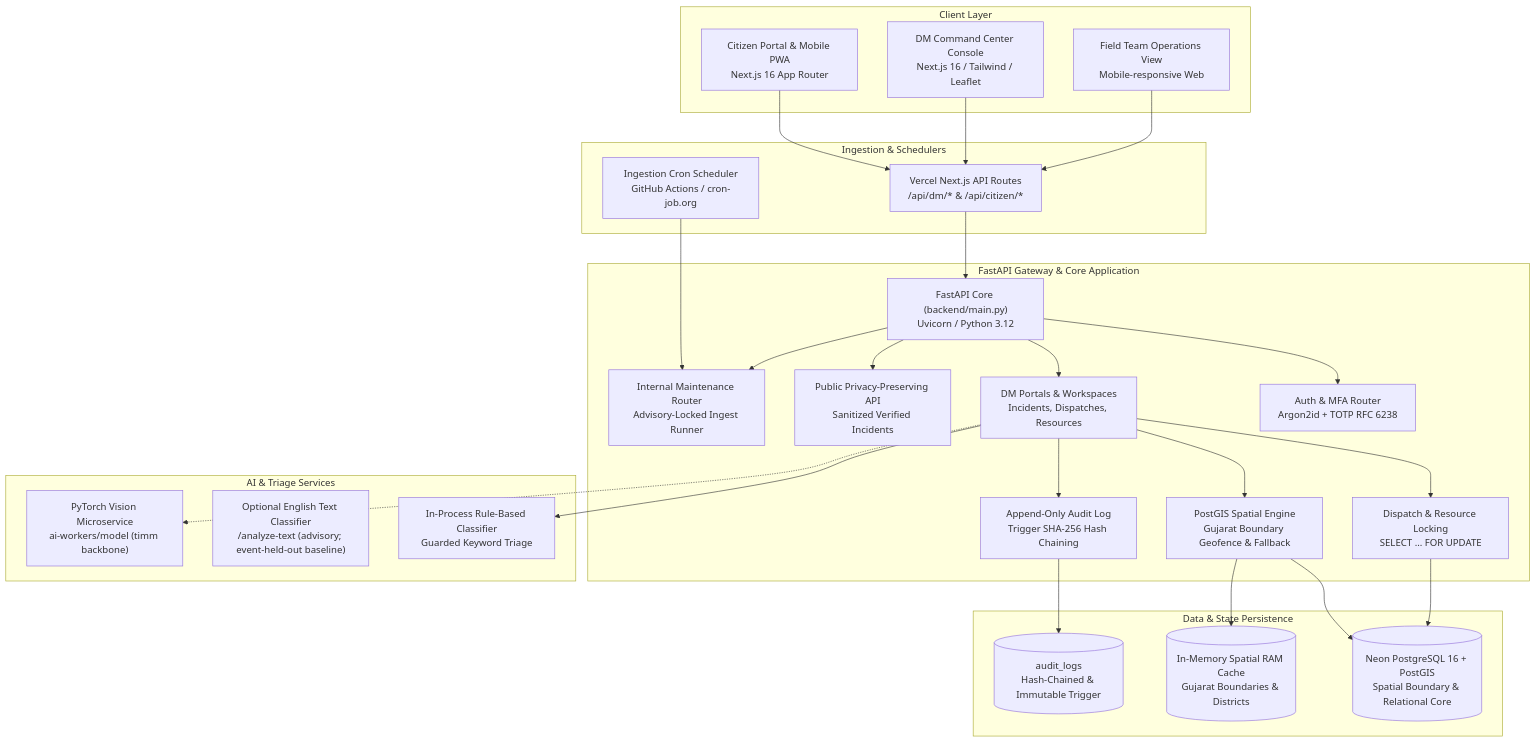
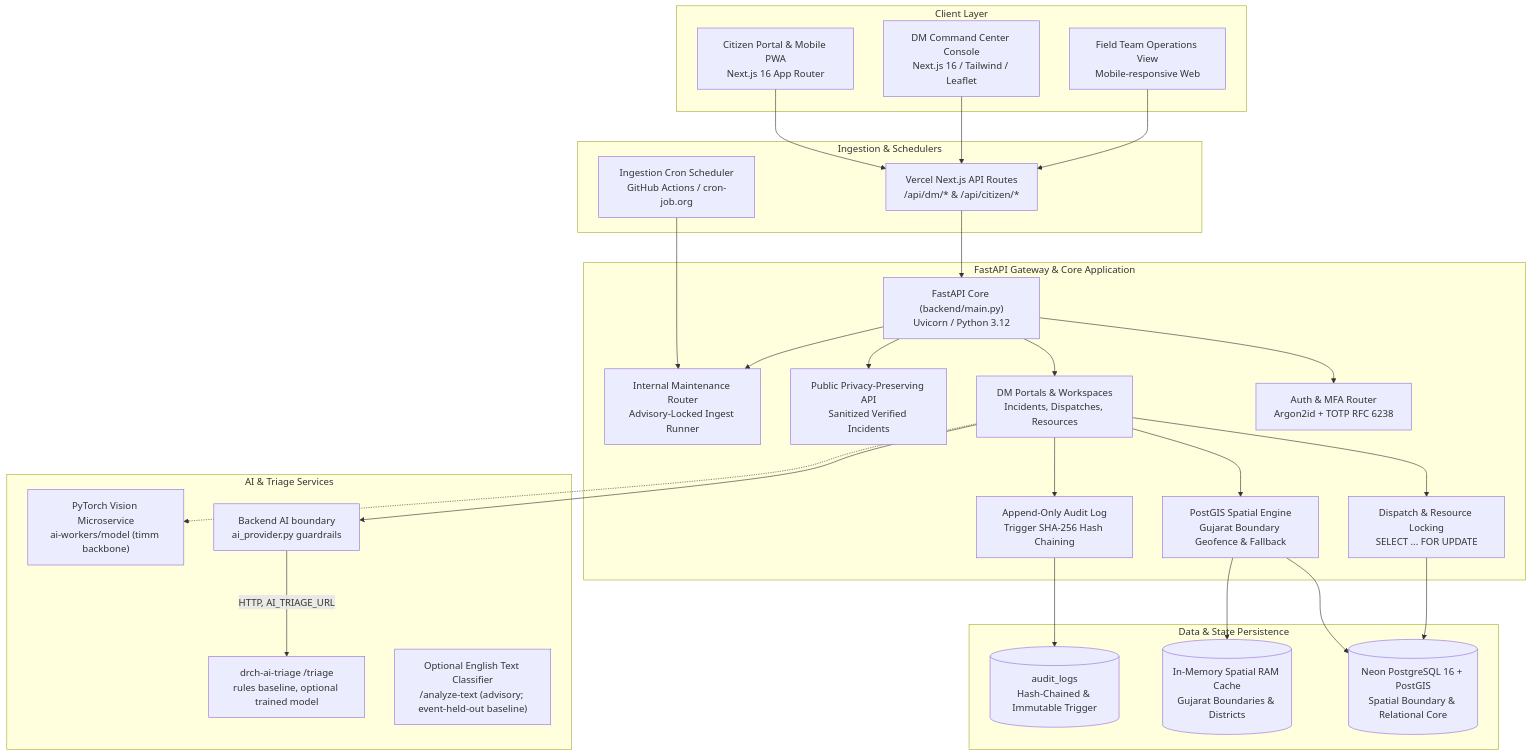
The first of 2 diagrams in docs/ARCHITECTURE.md (RudraBhat/IT314_Software_Project), drawn with Mermaid before and after one commit. The commit also changed other lines of this file and 1 other file, not shown here.

First line of the commit message:
docs(ai): describe how the backend reaches the triage service

````diff
--- a/docs/ARCHITECTURE.md
+++ b/docs/ARCHITECTURE.md
@@ -22,58 +22,60 @@
 ```mermaid
 flowchart TD
     subgraph Clients["Client Layer"]
         CitizenUI["Citizen Portal & Mobile PWA<br/>Next.js 16 App Router"]
         DispatcherUI["DM Command Center Console<br/>Next.js 16 / Tailwind / Leaflet"]
         FieldUI["Field Team Operations View<br/>Mobile-responsive Web"]
     end
 
     subgraph Edge["Ingestion & Schedulers"]
         CronIngest["Ingestion Cron Scheduler<br/>GitHub Actions / cron-job.org"]
         VercelProxy["Vercel Next.js API Routes<br/>/api/dm/* & /api/citizen/*"]
     end
 
     subgraph BackendGateway["FastAPI Gateway & Core Application"]
         MainApp["FastAPI Core (backend/main.py)<br/>Uvicorn / Python 3.12"]
         AuthRouter["Auth & MFA Router<br/>Argon2id + TOTP RFC 6238"]
         DMRouters["DM Portals & Workspaces<br/>Incidents, Dispatches, Resources"]
         PublicRouter["Public Privacy-Preserving API<br/>Sanitized Verified Incidents"]
         InternalRouter["Internal Maintenance Router<br/>Advisory-Locked Ingest Runner"]
         GeoService["PostGIS Spatial Engine<br/>Gujarat Boundary Geofence & Fallback"]
         AuditService["Append-Only Audit Log<br/>Trigger SHA-256 Hash Chaining"]
         DispatchService["Dispatch & Resource Locking<br/>SELECT ... FOR UPDATE"]
     end
 
     subgraph DataStorage["Data & State Persistence"]
         NeonDB[("Neon PostgreSQL 16 + PostGIS<br/>Spatial Boundary & Relational Core")]
         AuditTable[("audit_logs<br/>Hash-Chained & Immutable Trigger")]
         InMemCache[("In-Memory Spatial RAM Cache<br/>Gujarat Boundaries & Districts")]
     end
 
     subgraph AIService["AI & Triage Services"]
-        InProcessAI["In-Process Rule-Based Classifier<br/>Guarded Keyword Triage"]
+        InProcessAI["Backend AI boundary<br/>ai_provider.py guardrails"]
+        TriageAI["drch-ai-triage /triage<br/>rules baseline, optional trained model"]
         TextAI["Optional English Text Classifier<br/>/analyze-text (advisory; event-held-out baseline)"]
         VisionAI["PyTorch Vision Microservice<br/>ai-workers/model (timm backbone)"]
     end
 
     CitizenUI --> VercelProxy
     DispatcherUI --> VercelProxy
     FieldUI --> VercelProxy
     VercelProxy --> MainApp
     CronIngest --> InternalRouter
 
     MainApp --> AuthRouter
     MainApp --> DMRouters
     MainApp --> PublicRouter
     MainApp --> InternalRouter
 
     DMRouters --> DispatchService
     DMRouters --> GeoService
     DMRouters --> AuditService
     DMRouters --> InProcessAI
+    InProcessAI -->|HTTP, AI_TRIAGE_URL| TriageAI
 
     DispatchService --> NeonDB
     GeoService --> NeonDB
     GeoService --> InMemCache
     AuditService --> AuditTable
     DMRouters -.-> VisionAI
 ```
````
